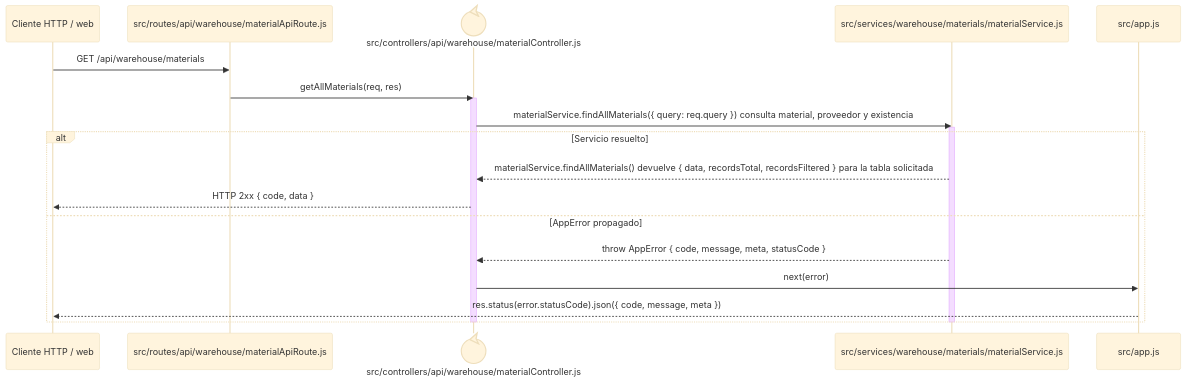
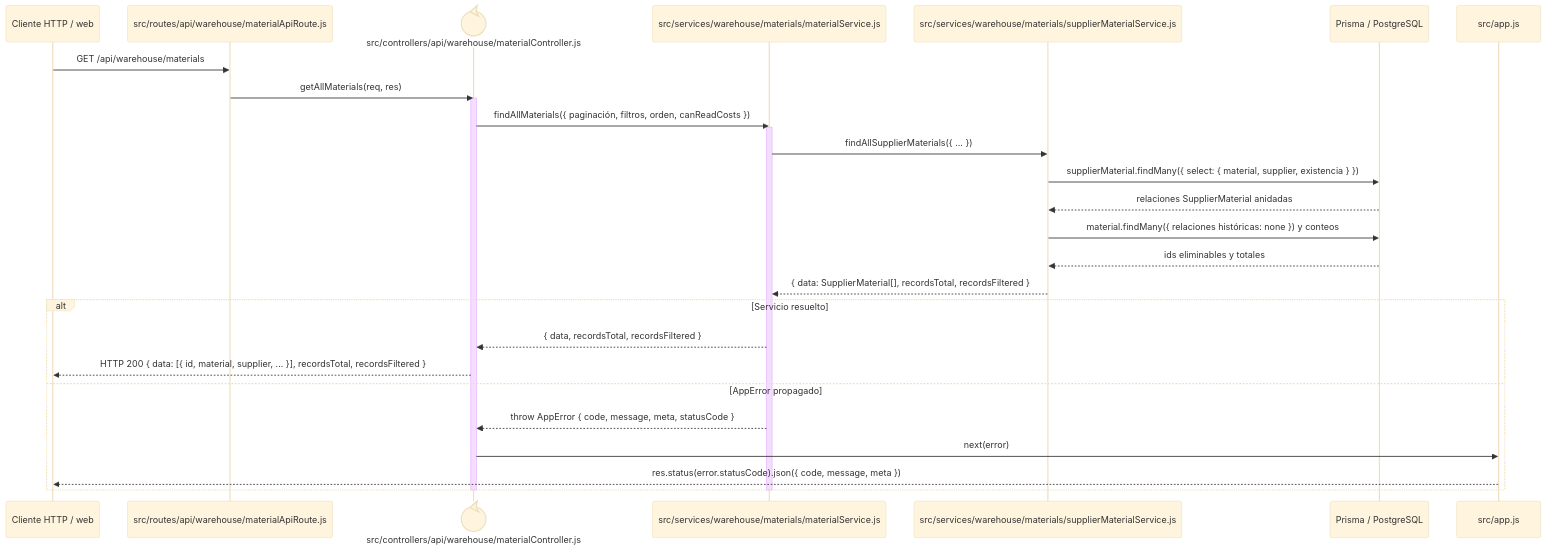
Before and after one commit to gpgsistemas01/nexus: the diagram in docs/architecture/backend-code-sequences/catalogs/cu-alm-01.md, drawn with Mermaid (base theme). The commit also changed other lines of this file and 7 other files, not shown here.

Commit message:
docs: synchronize material contracts and diagrams

````diff
--- a/docs/architecture/backend-code-sequences/catalogs/cu-alm-01.md
+++ b/docs/architecture/backend-code-sequences/catalogs/cu-alm-01.md
@@ -6,24 +6,32 @@
 ```mermaid
 sequenceDiagram
     participant Client as Cliente HTTP / web
     participant Route as src/routes/api/warehouse/materialApiRoute.js
     participant Controller@{ "type": "control" } as src/controllers/api/warehouse/materialController.js
     participant Domain as src/services/warehouse/materials/materialService.js
+    participant SupplierMaterial as src/services/warehouse/materials/supplierMaterialService.js
+    participant Prisma as Prisma / PostgreSQL
     participant ErrorHandler as src/app.js
 
     Client->>Route: GET /api/warehouse/materials
     Route->>Controller: getAllMaterials(req, res)
     activate Controller
-    Controller->>Domain: materialService.findAllMaterials({ query: req.query }) consulta material, proveedor y existencia
+    Controller->>Domain: findAllMaterials({ paginación, filtros, orden, canReadCosts })
     activate Domain
+    Domain->>SupplierMaterial: findAllSupplierMaterials({ ... })
+    SupplierMaterial->>Prisma: supplierMaterial.findMany({ select: { material, supplier, existencia } })
+    Prisma-->>SupplierMaterial: relaciones SupplierMaterial anidadas
+    SupplierMaterial->>Prisma: material.findMany({ relaciones históricas: none }) y conteos
+    Prisma-->>SupplierMaterial: ids eliminables y totales
+    SupplierMaterial-->>Domain: { data: SupplierMaterial[], recordsTotal, recordsFiltered }
     alt Servicio resuelto
-        Domain-->>Controller: materialService.findAllMaterials() devuelve { data, recordsTotal, recordsFiltered } para la tabla solicitada
-        Controller-->>Client: HTTP 2xx { code, data }
+        Domain-->>Controller: { data, recordsTotal, recordsFiltered }
+        Controller-->>Client: HTTP 200 { data: [{ id, material, supplier, ... }], recordsTotal, recordsFiltered }
     else AppError propagado
         Domain-->>Controller: throw AppError { code, message, meta, statusCode }
         Controller->>ErrorHandler: next(error)
         ErrorHandler-->>Client: res.status(error.statusCode).json({ code, message, meta })
     end
     deactivate Domain
     deactivate Controller
 ```
````
